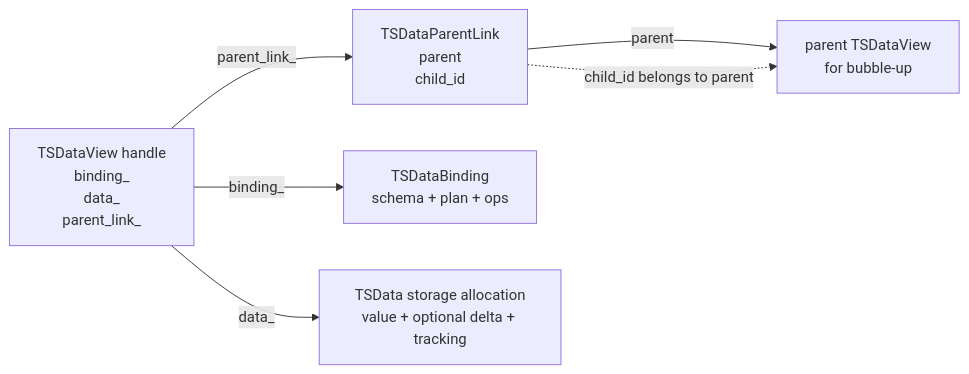
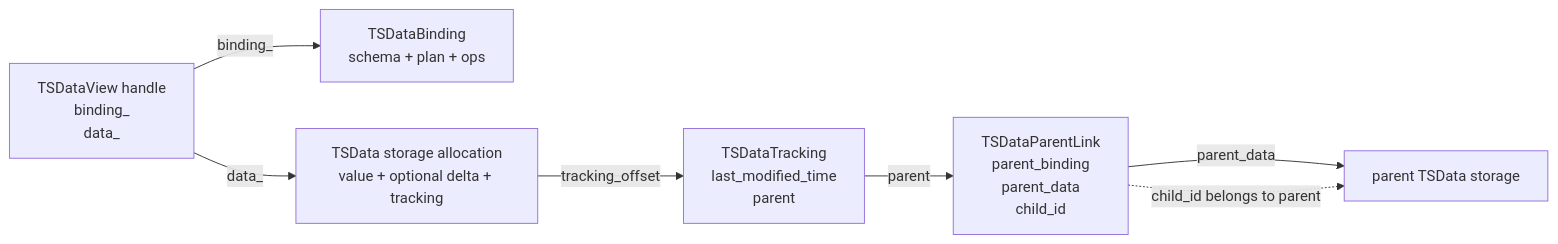
One commit to hhenson/hg_cpp changed the fifth of 8 diagrams in docs/source/developer_guide/data_structures/plans_and_ops/time_series.rst. Above: the diagram before and after it, drawn with Mermaid. The commit also changed other lines of this file and 5 other files, not shown here.

Commit message:
Update parent link handling

```diff
--- a/docs/source/developer_guide/data_structures/plans_and_ops/time_series.rst
+++ b/docs/source/developer_guide/data_structures/plans_and_ops/time_series.rst
@@ -471,14 +477,16 @@
 .. mermaid::
 
    flowchart LR
-      View["TSDataView handle<br/>binding_<br/>data_<br/>parent_link_"]
-      Link["TSDataParentLink<br/>parent<br/>child_id"]
+      View["TSDataView handle<br/>binding_<br/>data_"]
       Binding["TSDataBinding<br/>schema + plan + ops"]
       Data["TSData storage allocation<br/>value + optional delta + tracking"]
-      Parent["parent TSDataView<br/>for bubble-up"]
+      Tracking["TSDataTracking<br/>last_modified_time<br/>parent"]
+      Link["TSDataParentLink<br/>parent_binding<br/>parent_data<br/>child_id"]
+      ParentData["parent TSData storage"]
 
       View -->|binding_| Binding
       View -->|data_| Data
-      View -->|parent_link_| Link
-      Link -->|parent| Parent
-      Link -.child_id belongs to parent.-> Parent
+      Data -->|tracking_offset| Tracking
+      Tracking -->|parent| Link
+      Link -->|parent_data| ParentData
+      Link -.child_id belongs to parent.-> ParentData
```
